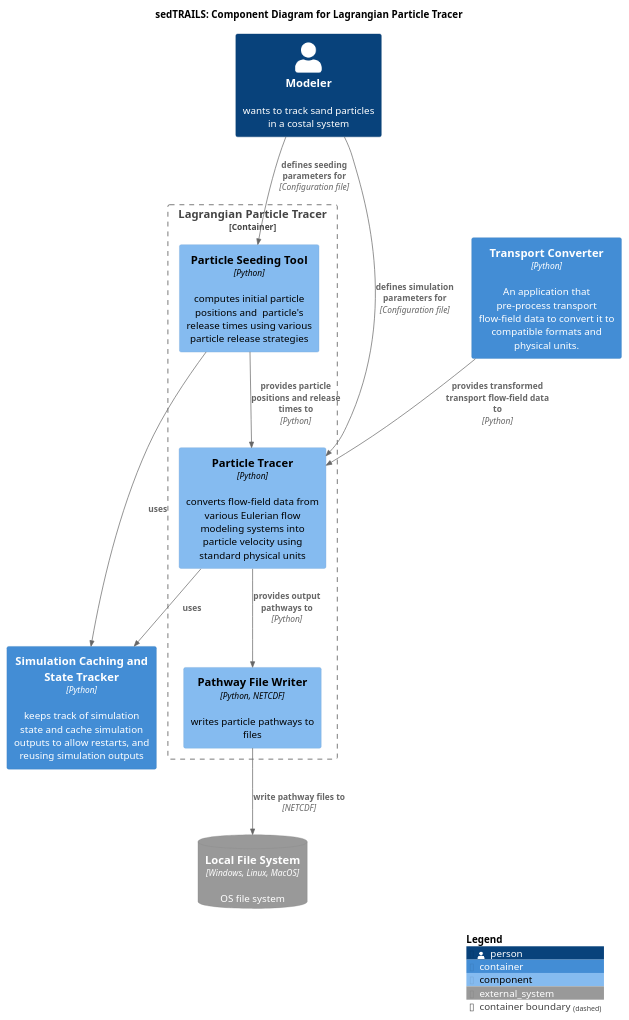
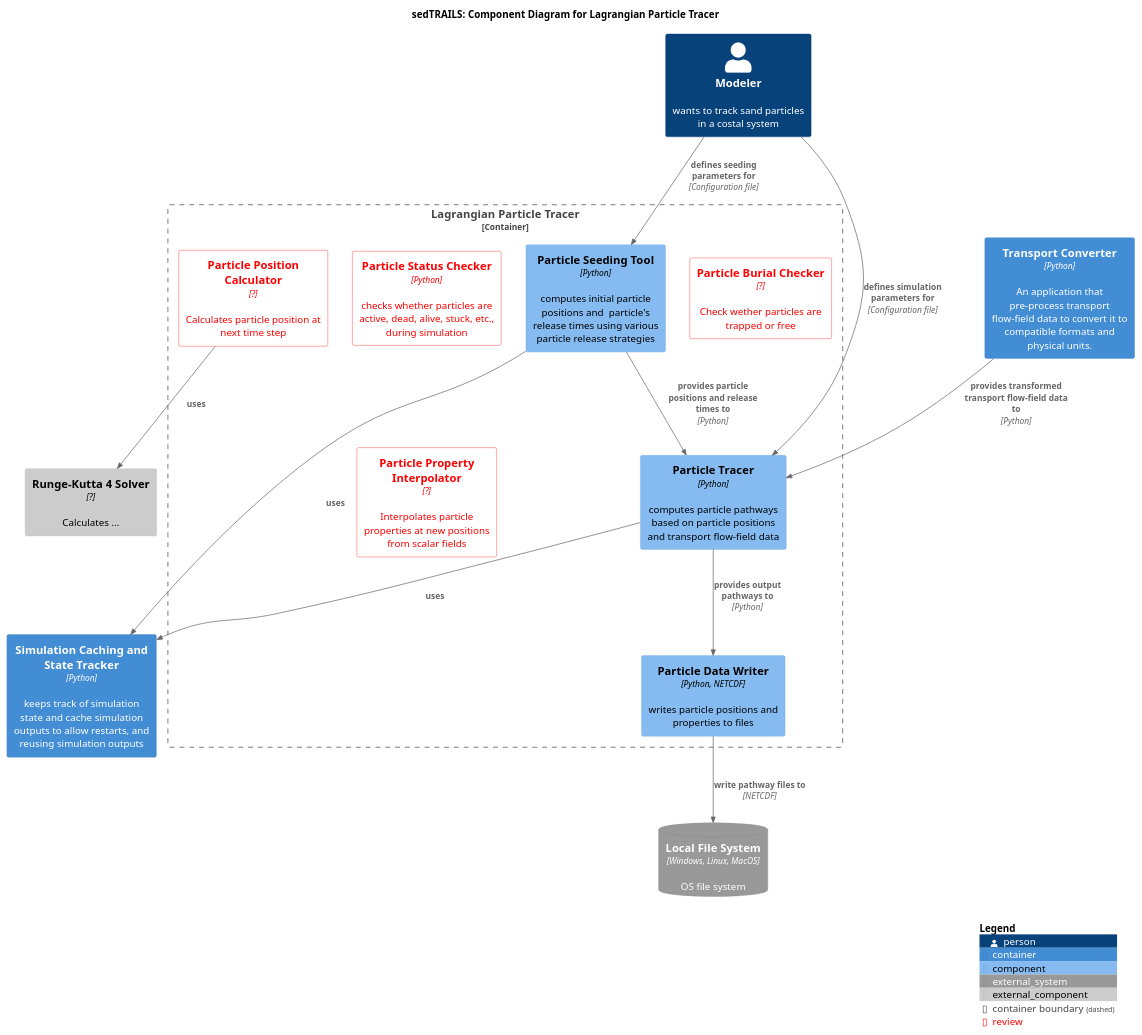
The diagram in diagrams/componets-particle-tracer.puml (sgpearson17/sedtrails-sgp), drawn with PlantUML before and after one commit.

Commit message:
include componets from presentation

```diff
--- a/diagrams/componets-particle-tracer.puml
+++ b/diagrams/componets-particle-tracer.puml
@@ -1,37 +1,48 @@
 @startuml SedtrailComponent
 ' !include <C4/C4_Container>
 
 !include https://raw.githubusercontent.com/plantuml-stdlib/C4-PlantUML/master/C4_Component.puml
 
 ' LAYOUT_LANDSCAPE()
 
 title sedTRAILS: Component Diagram for Lagrangian Particle Tracer
 ' scale 2
 
+AddElementTag("review", $bgColor="lightred", $fontColor="red", $borderColor="red")
+
 Person(modeler, "Modeler", "wants to track sand particles in a costal system")
 
 Container(transportConverter, "Transport Converter", "Python", "An application that pre-process transport flow-field data to convert it to compatible formats and physical units.")
 
 Container(cache, "Simulation Caching and State Tracker", "Python", "keeps track of simulation state and cache simulation outputs to allow restarts, and reusing simulation outputs")
 
 Container_Boundary(sedtrailsTracer, " Lagrangian Particle Tracer"){ 
     Component(seedingTool, "Particle Seeding Tool", "Python", "computes initial particle positions and  particle's release times using various particle release strategies")
-    Component(particleTracer, "Particle Tracer", "Python", "converts flow-field data from various Eulerian flow modeling systems into particle velocity using standard physical units")
-    Component(pathwayWriter, "Pathway File Writer", "Python, NETCDF", "writes particle pathways to files")
-   
+    Component(particleTracer, "Particle Tracer", "Python", "computes particle pathways based on particle positions and transport flow-field data")
+    Component(pathwayWriter, "Particle Data Writer", "Python, NETCDF", "writes particle positions and properties to files")
+
+    Component(particleStatusCheker, "Particle Status Checker", "Python", "checks whether particles are active, dead, alive, stuck, etc., during simulation", $tags="review")
+    Component(particleBurialCheker, "Particle Burial Checker", "?",  "Check wether particles are trapped or free", $tags="review")
+    Component(particleBurialCheker, "Particle Burial Checker", "?", "Check wether particles are trapped or free", $tags="review")
+    Component(positionCalculator, "Particle Position Calculator", "?", "Calculates particle position at next time step", $tags="review")
+    Component(propertyInterpolator, "Particle Property Interpolator", "?", "Interpolates particle properties at new positions from scalar fields", $tags="review")
+
 
     Rel(modeler, seedingTool, "defines seeding parameters for", "Configuration file")
     Rel(modeler, particleTracer, "defines simulation parameters for", "Configuration file")
     Rel(seedingTool, particleTracer, "provides particle positions and release times to ", "Python")
     Rel(particleTracer, pathwayWriter, "provides output pathways to", "Python")
     Rel(particleTracer, cache, "uses")
     Rel(seedingTool, cache, "uses")
+    
 }
 
+Component_Ext(solver, "Runge-Kutta 4 Solver", "?", "Calculates ...")
 SystemDb_Ext(fileSystem, "Local File System", "OS file system", $type="Windows, Linux, MacOS")
 
+Rel(positionCalculator, solver, "uses")
 Rel(pathwayWriter, fileSystem, "write pathway files to", "NETCDF")
 Rel(transportConverter, particleTracer, "provides transformed transport flow-field data to", "Python")
 
 SHOW_LEGEND()
 @enduml
```
